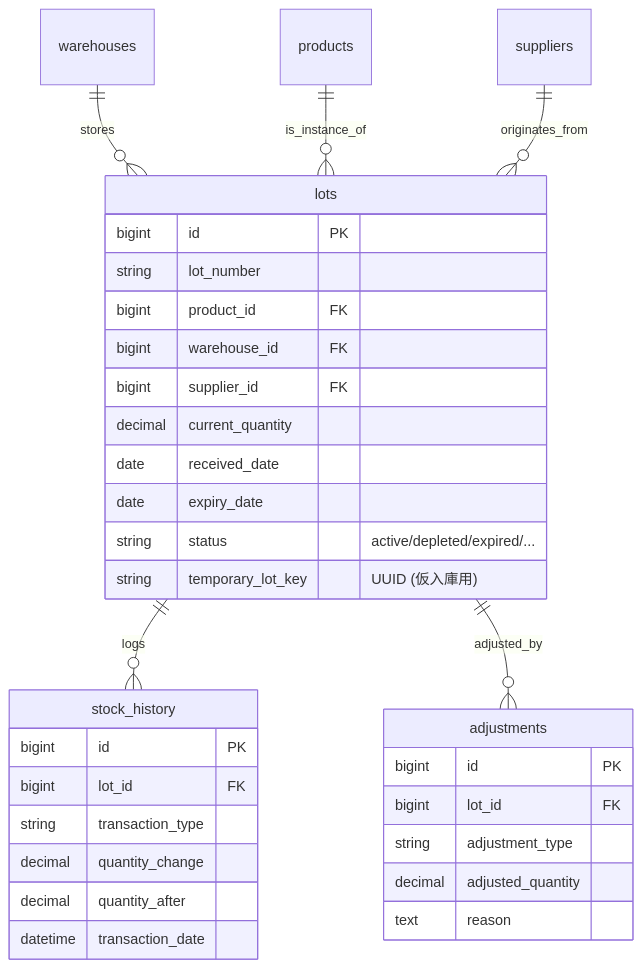
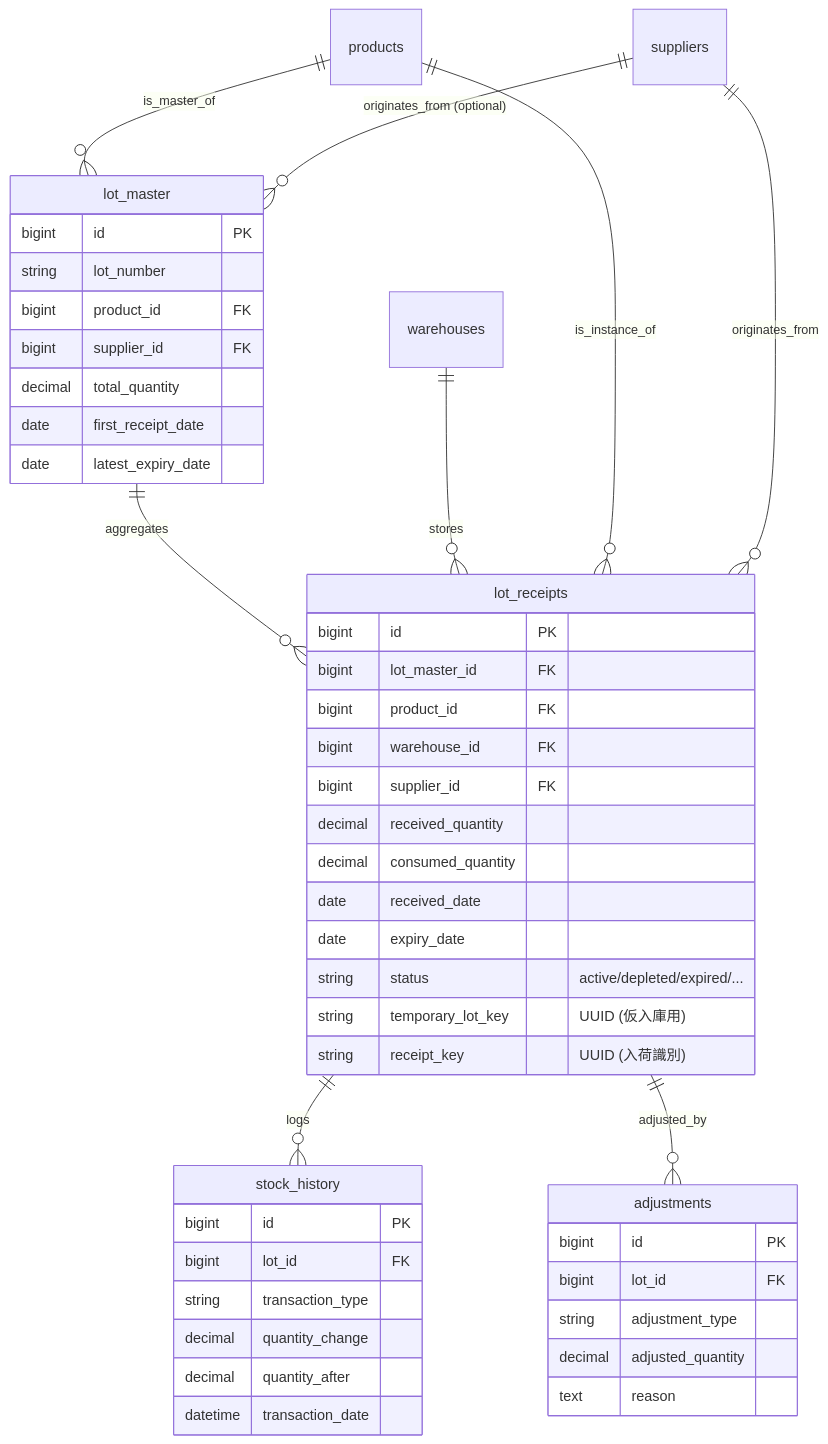
One commit to cybons-lab/lot-management-system changed the fifth of 7 diagrams in docs/db/schema.md. Above: the diagram before and after it, drawn with Mermaid. The commit also changed other lines of this file and 3 other files, not shown here.

Commit message:
Update database docs for lot receipt schema

````diff
--- a/docs/db/schema.md
+++ b/docs/db/schema.md
@@ -249,36 +251,51 @@
 ```mermaid
 erDiagram
-    warehouses ||--o{ lots : "stores"
-    products ||--o{ lots : "is_instance_of"
-    suppliers ||--o{ lots : "originates_from"
-    lots ||--o{ stock_history : "logs"
-    lots ||--o{ adjustments : "adjusted_by"
+    products ||--o{ lot_master : "is_master_of"
+    suppliers ||--o{ lot_master : "originates_from (optional)"
 
-    lots {
+    lot_master ||--o{ lot_receipts : "aggregates"
+    warehouses ||--o{ lot_receipts : "stores"
+    products ||--o{ lot_receipts : "is_instance_of"
+    suppliers ||--o{ lot_receipts : "originates_from"
+    lot_receipts ||--o{ stock_history : "logs"
+    lot_receipts ||--o{ adjustments : "adjusted_by"
+
+    lot_master {
         bigint id PK
         string lot_number
         bigint product_id FK
+        bigint supplier_id FK
+        decimal total_quantity
+        date first_receipt_date
+        date latest_expiry_date
+    }
+    lot_receipts {
+        bigint id PK
+        bigint lot_master_id FK
+        bigint product_id FK
         bigint warehouse_id FK
         bigint supplier_id FK
-        decimal current_quantity
+        decimal received_quantity
+        decimal consumed_quantity
         date received_date
         date expiry_date
         string status "active/depleted/expired/..."
         string temporary_lot_key "UUID (仮入庫用)"
+        string receipt_key "UUID (入荷識別)"
     }
     stock_history {
         bigint id PK
         bigint lot_id FK
         string transaction_type
         decimal quantity_change
         decimal quantity_after
         datetime transaction_date
     }
     adjustments {
         bigint id PK
         bigint lot_id FK
         string adjustment_type
         decimal adjusted_quantity
         text reason
     }
 ```
````
